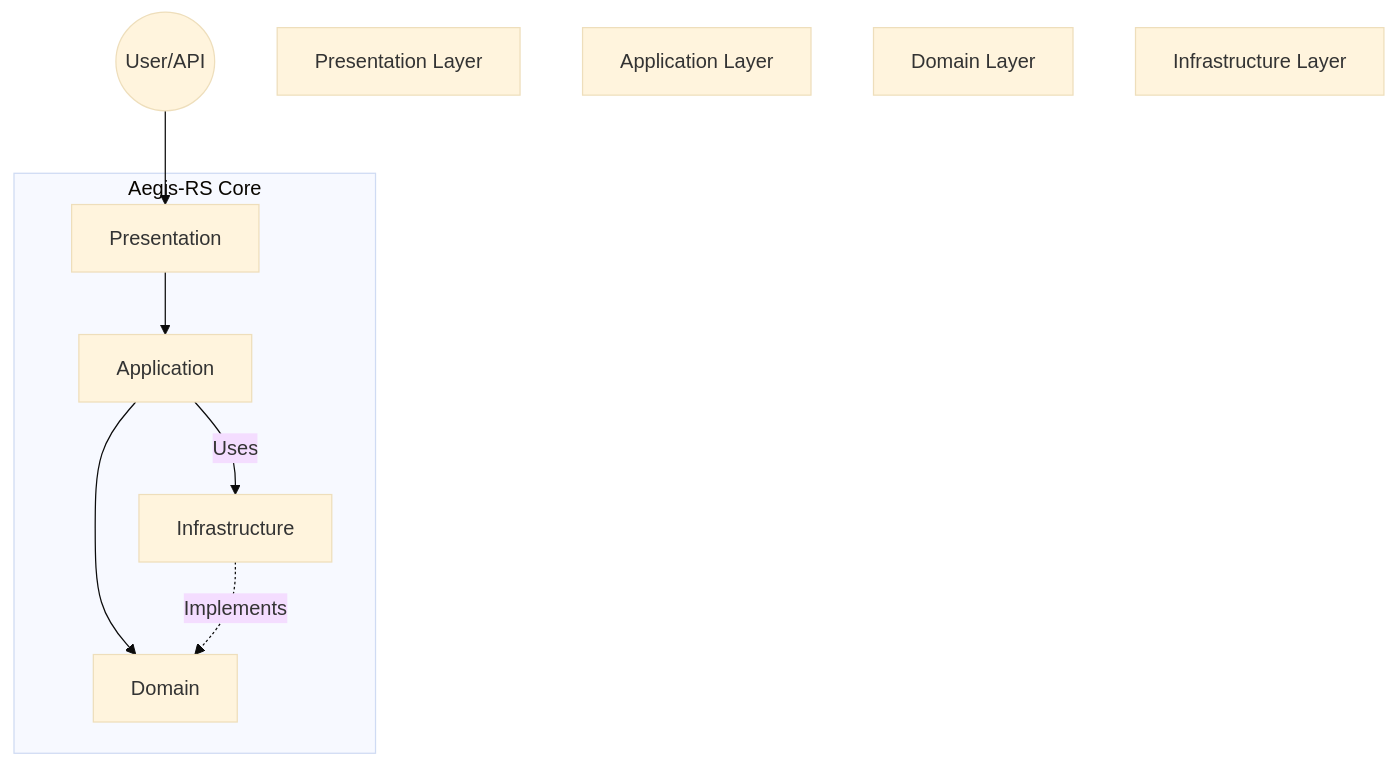
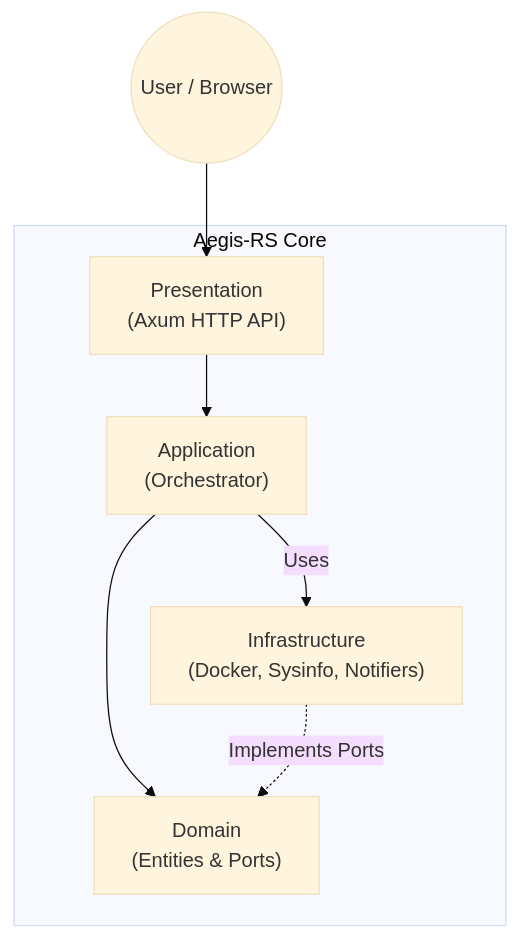
Before and after one commit to celestingm/Aegis-RS: the diagram in README.md, drawn with Mermaid (base theme). The commit also changed other lines of this file and 3 other files, not shown here.

````diff
--- a/README.md
+++ b/README.md
@@ -107,15 +124,11 @@
 ```mermaid
 graph TD
-    User((User/API)) --> Presentation
-    presentation_layer[Presentation Layer]
-    application_layer[Application Layer]
-    domain_layer[Domain Layer]
-    infrastructure_layer[Infrastructure Layer]
-
+    User((User / Browser)) --> Presentation
     subgraph "Aegis-RS Core"
-        Presentation --> Application
-        Application --> Domain
-        Infrastructure -.->|Implements| Domain
+        Presentation["Presentation\n(Axum HTTP API)"] --> Application
+        Application["Application\n(Orchestrator)"] --> Domain
+        Infrastructure["Infrastructure\n(Docker, Sysinfo, Notifiers)"] -.->|Implements Ports| Domain
         Application -->|Uses| Infrastructure
     end
+    Domain["Domain\n(Entities & Ports)"]
 ```
````
